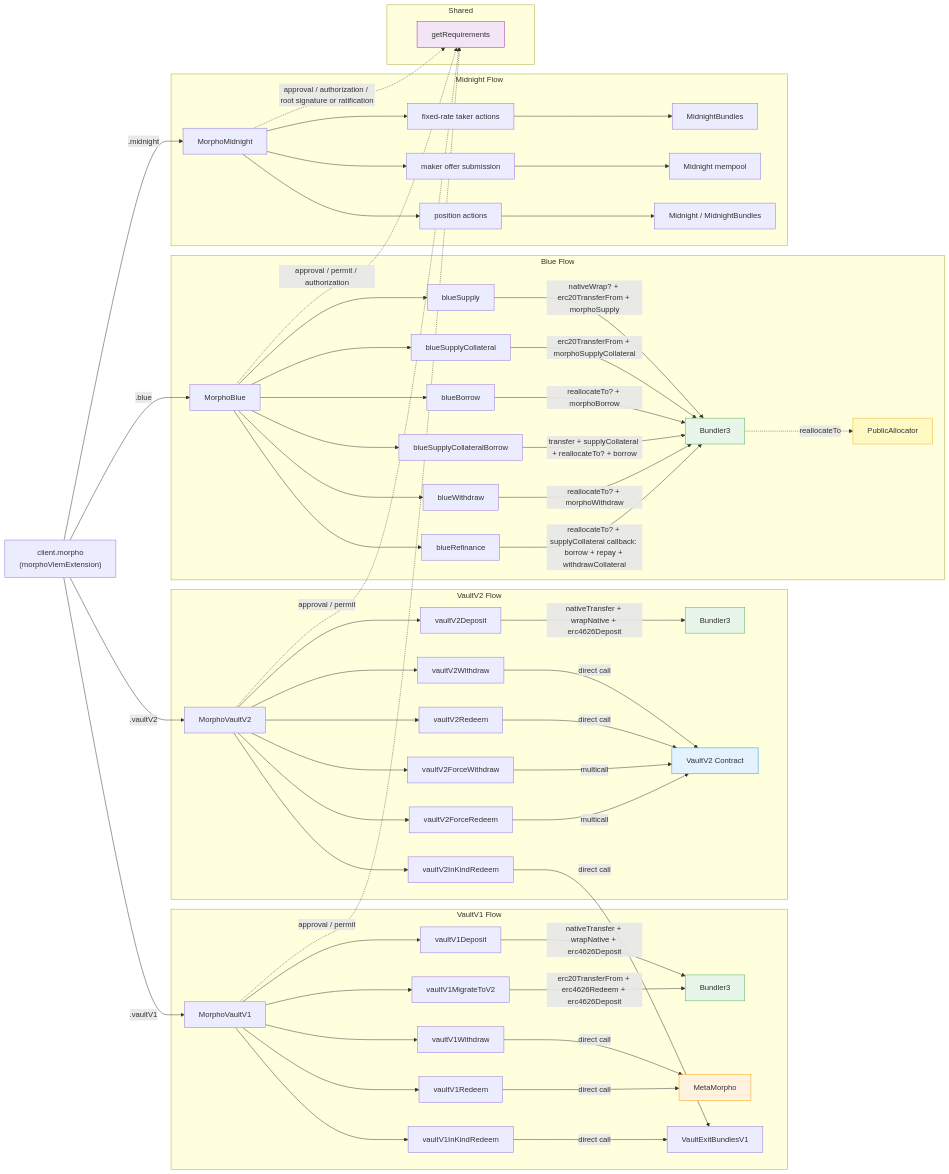
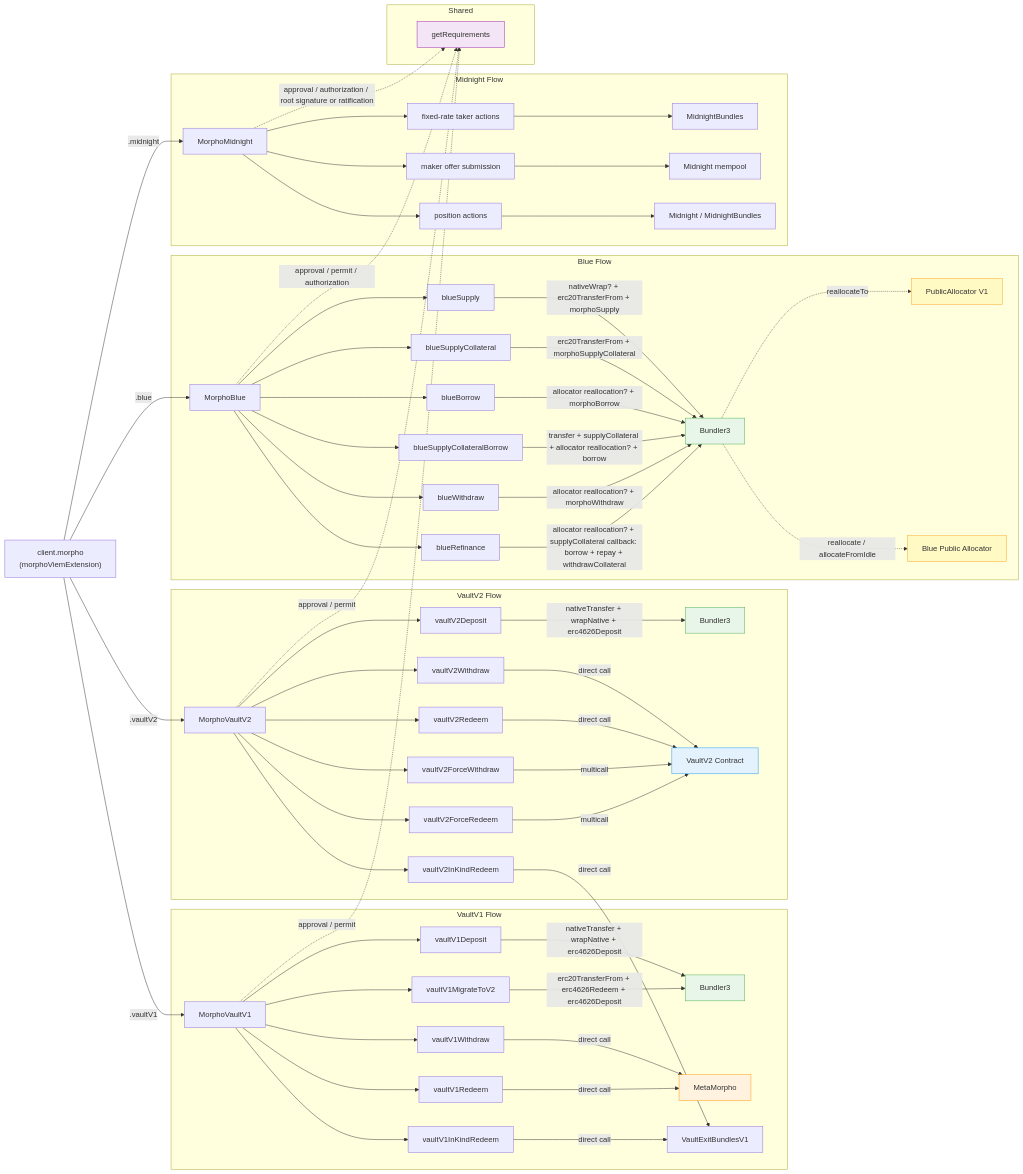
One commit to morpho-org/sdks changed the diagram in packages/morpho-sdk/README.md. Above: the diagram before and after it, drawn with Mermaid. The commit also changed 109 other files, not shown here.

First line of the commit message:
feat(morpho-sdk): support BluePublicAllocator reallocations (#919)

````diff
--- a/packages/morpho-sdk/README.md
+++ b/packages/morpho-sdk/README.md
@@ -234,12 +234,13 @@
 
         M1S -->|nativeWrap? + erc20TransferFrom + morphoSupply| B3[Bundler3]
         M1SC -->|erc20TransferFrom + morphoSupplyCollateral| B3
-        M1B -->|reallocateTo? + morphoBorrow| B3
-        M1SCB -->|transfer + supplyCollateral + reallocateTo? + borrow| B3
-        M1W -->|reallocateTo? + morphoWithdraw| B3
-        M1RF -->|reallocateTo? + supplyCollateral callback: borrow + repay + withdrawCollateral| B3
+        M1B -->|allocator reallocation? + morphoBorrow| B3
+        M1SCB -->|transfer + supplyCollateral + allocator reallocation? + borrow| B3
+        M1W -->|allocator reallocation? + morphoWithdraw| B3
+        M1RF -->|allocator reallocation? + supplyCollateral callback: borrow + repay + withdrawCollateral| B3
 
-        B3 -.->|reallocateTo| PA[PublicAllocator]
+        B3 -.->|reallocateTo| PA1[PublicAllocator V1]
+        B3 -.->|reallocate / allocateFromIdle| BPA[Blue Public Allocator]
     end
 
     subgraph Midnight Flow
@@ -268,5 +269,6 @@
     style MM fill:#fff3e0,stroke:#ff9800
     style V2C fill:#e3f2fd,stroke:#2196f3
     style REQ fill:#f3e5f5,stroke:#9c27b0
-    style PA fill:#fff9c4,stroke:#f9a825
+    style PA1 fill:#fff9c4,stroke:#f9a825
+    style BPA fill:#fff9c4,stroke:#f9a825
 ```
````
